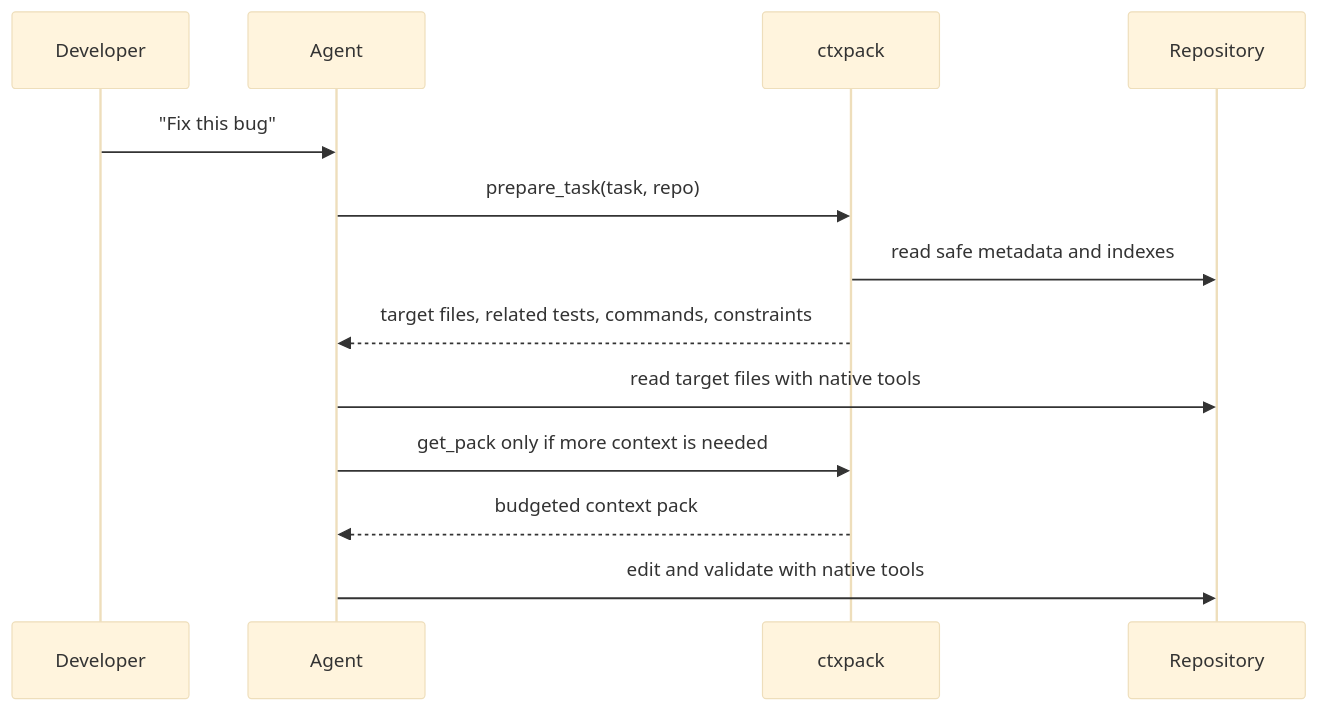
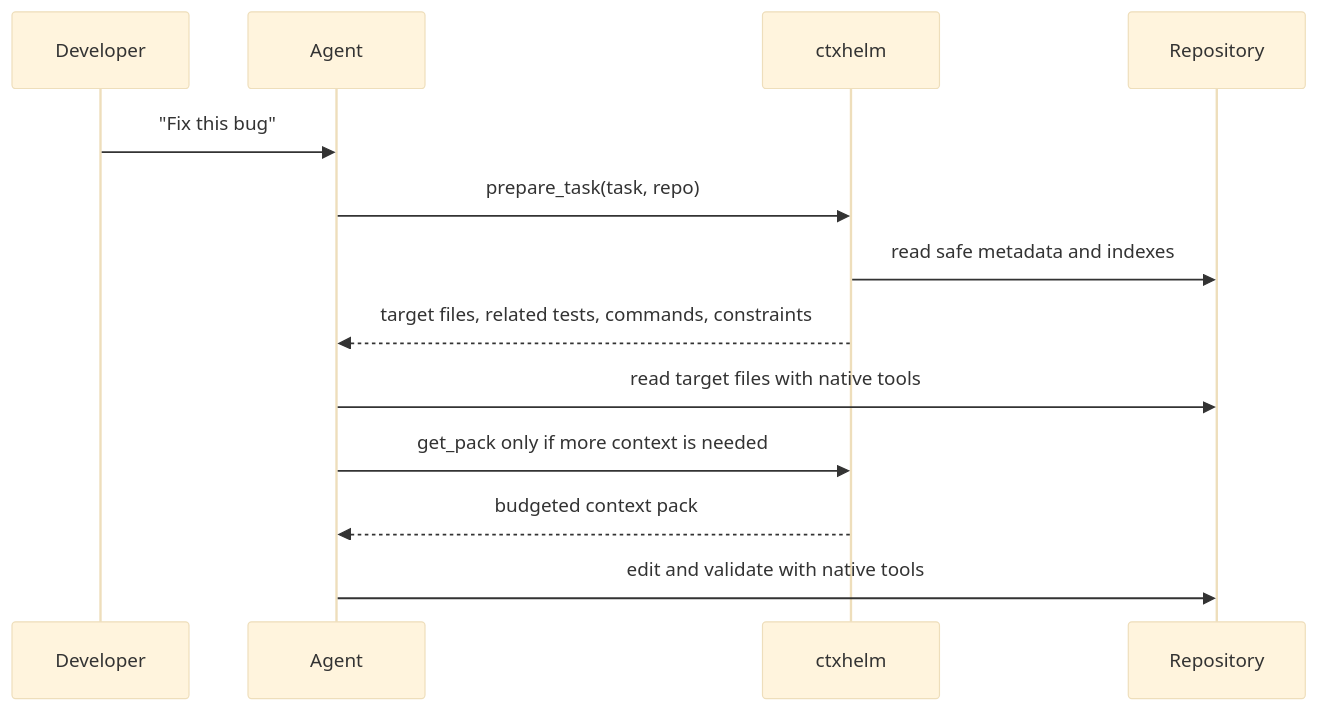
The third of 6 diagrams in docs/architecture.md (thromel/ctxhelm), drawn with Mermaid (base theme) before and after one commit. The commit also changed other lines of this file and 922 other files, not shown here.

````diff
--- a/docs/architecture.md
+++ b/docs/architecture.md
@@ -75,15 +75,15 @@
 ```mermaid
 sequenceDiagram
   participant D as Developer
   participant A as Agent
-  participant C as ctxpack
+  participant C as ctxhelm
   participant R as Repository
   D->>A: "Fix this bug"
   A->>C: prepare_task(task, repo)
   C->>R: read safe metadata and indexes
   C-->>A: target files, related tests, commands, constraints
   A->>R: read target files with native tools
   A->>C: get_pack only if more context is needed
   C-->>A: budgeted context pack
   A->>R: edit and validate with native tools
 ```
````
